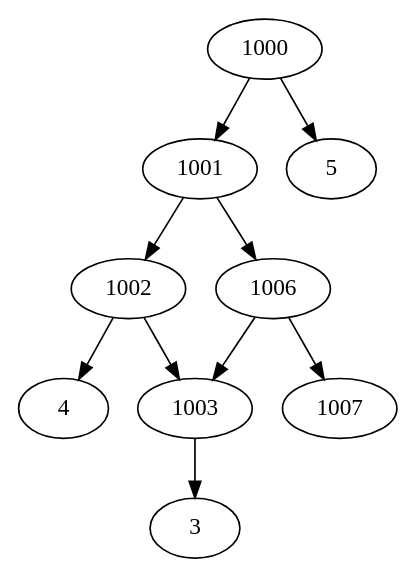
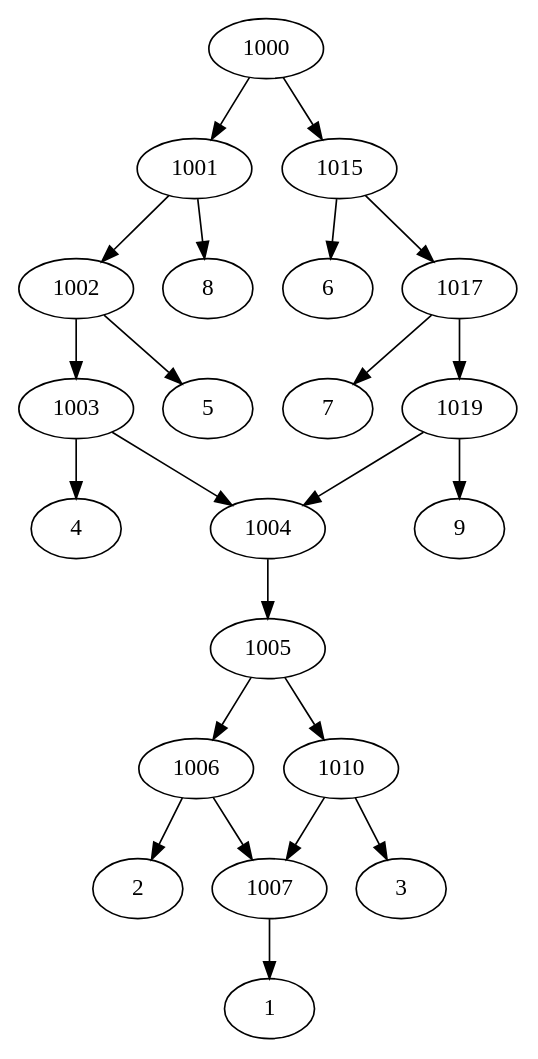
One commit to iharnoor/PhylogeneticsWebsite changed the diagram in ParsingTxt/Launcher/upload.dot. Above: the diagram before and after it, drawn with Graphviz. The commit also changed 16 other files, not shown here.

```diff
--- a/ParsingTxt/Launcher/upload.dot
+++ b/ParsingTxt/Launcher/upload.dot
@@ -1,12 +1,34 @@
 strict digraph G1 {
 1000 -> 1001
-1000 -> 5
+1000 -> 1015
 1001 -> 1002
-1001 -> 1006
+1001 -> 8
 1002 -> 1003
-1002 -> 4
-1003 -> 3
+1002 -> 5
+1003 -> 1004
+1003 -> 4
+1004 -> 1005
+1005 -> 1006
+1005 -> 1010
 1006 -> 1007
-1006 -> 1003
-1003 -> 3
+1006 -> 2
+1007 -> 1
+1010 -> 3
+1010 -> 1007
+1007 -> 1
+1015 -> 6
+1015 -> 1017
+1017 -> 7
+1017 -> 1019
+1019 -> 9
+1019 -> 1004
+1004 -> 1005
+1005 -> 1006
+1005 -> 1010
+1006 -> 1007
+1006 -> 2
+1007 -> 1
+1010 -> 3
+1010 -> 1007
+1007 -> 1
 }
```
